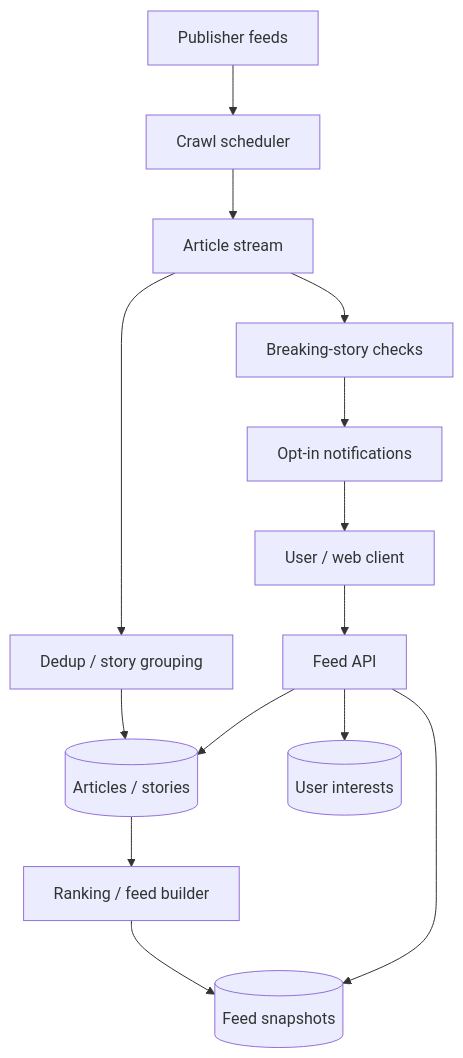
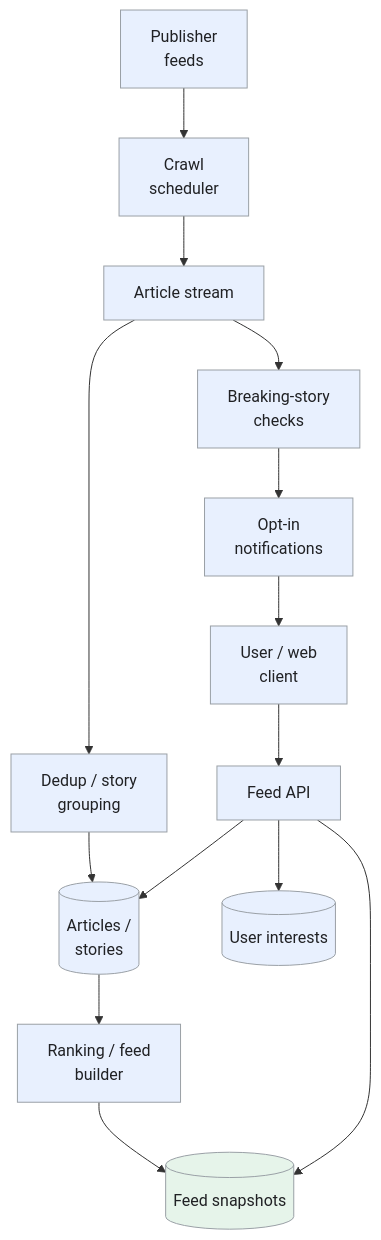
Before and after one commit to iliazlobin/iliazlobin.github.io: the first of 5 diagrams in _designs/system-design-google-news.md, drawn with Mermaid. The commit also changed other lines of this file and 131 other files, not shown here.

````diff
--- a/_designs/system-design-google-news.md
+++ b/_designs/system-design-google-news.md
@@ -138,16 +139,21 @@
 ```mermaid
 flowchart TB
-  PUB["Publisher feeds"] --> C["Crawl scheduler"]
+  PUB["Publisher<br>feeds"] --> C["Crawl<br>scheduler"]
   C --> E["Article stream"]
-  E --> D["Dedup / story grouping"]
-  D --> DB[("Articles / stories")]
-  DB --> R["Ranking / feed builder"]
+  E --> D["Dedup / story<br>grouping"]
+  D --> DB[("Articles /<br>stories")]
+  DB --> R["Ranking / feed<br>builder"]
   R --> CACHE[("Feed snapshots")]
-  U["User / web client"] --> API["Feed API"]
+  U["User / web<br>client"] --> API["Feed API"]
   API --> CACHE
   API --> DB
   API --> PROFILE[("User interests")]
-  E --> BREAK["Breaking-story checks"]
-  BREAK --> N["Opt-in notifications"]
+  E --> BREAK["Breaking-story<br>checks"]
+  BREAK --> N["Opt-in<br>notifications"]
   N --> U
+  classDef request fill:#e8f0fe,stroke:#9aa0a6,color:#202124,stroke-width:1px
+  classDef background fill:#e6f4ea,stroke:#9aa0a6,color:#202124,stroke-width:1px
+  classDef control fill:#fef7e0,stroke:#9aa0a6,color:#202124,stroke-width:1px
+  class PUB,C,E,D,DB,R,U,API,PROFILE,BREAK,N request
+  class CACHE background
 ```
````
